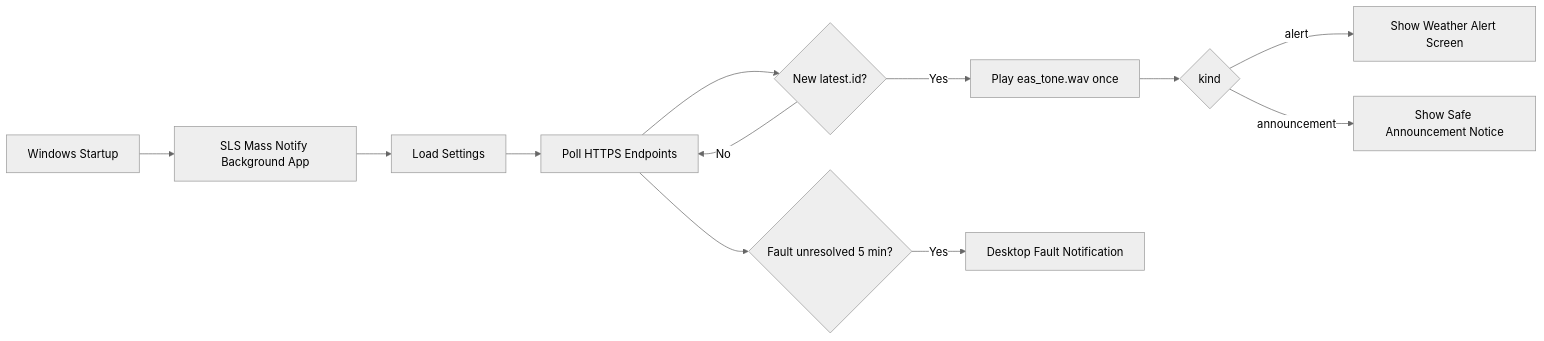
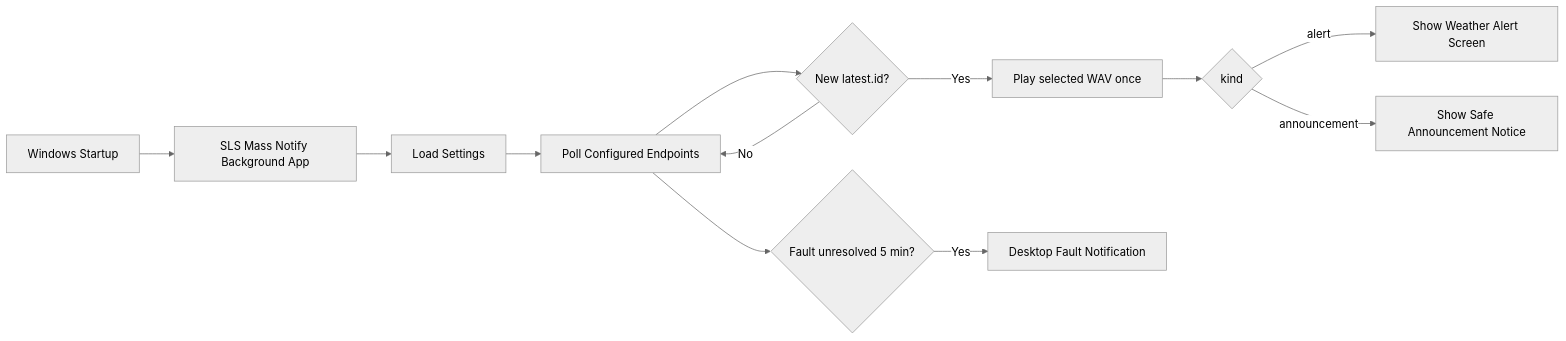
One commit to vipgabe09267/SouthlandServers_Mass_Notify_app changed the diagram in README.md. Above: the diagram before and after it, drawn with Mermaid (neutral theme). The commit also changed other lines of this file and 12 other files, not shown here.

````diff
--- a/README.md
+++ b/README.md
@@ -111,14 +115,14 @@
 ```mermaid
 flowchart LR
     A[Windows Startup] --> B[SLS Mass Notify Background App]
     B --> C[Load Settings]
-    C --> D[Poll HTTPS Endpoints]
+    C --> D[Poll Configured Endpoints]
     D --> E{New latest.id?}
     E -- No --> D
-    E -- Yes --> F[Play eas_tone.wav once]
+    E -- Yes --> F[Play selected WAV once]
     F --> G{kind}
     G -- alert --> H[Show Weather Alert Screen]
     G -- announcement --> I[Show Safe Announcement Notice]
     D --> J{Fault unresolved 5 min?}
     J -- Yes --> K[Desktop Fault Notification]
 ```
````
